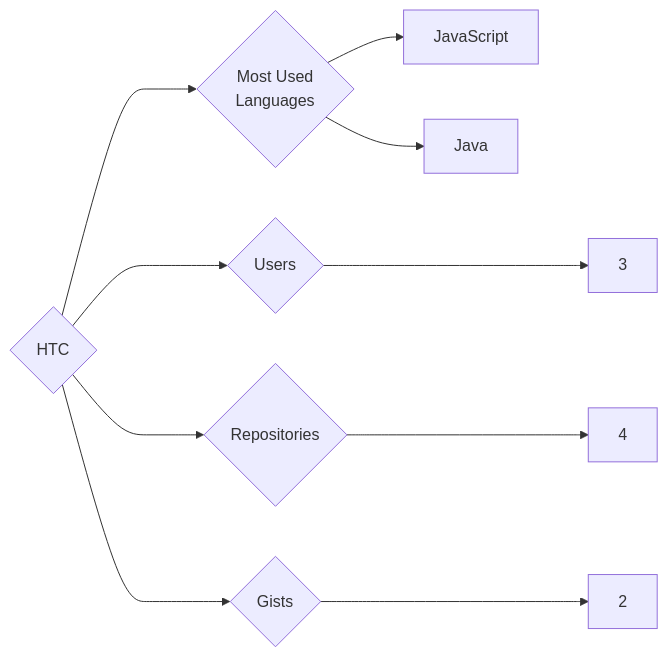
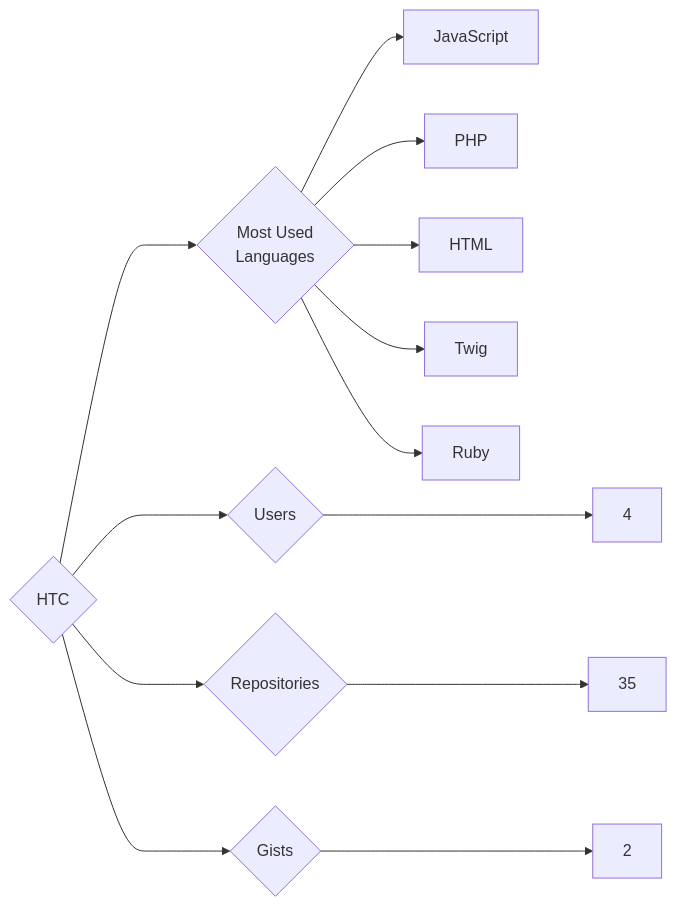
The diagram in targets/HTC/README.md (trickest/insiders), drawn with Mermaid before and after one commit. The commit also changed 676 other files, not shown here.

````diff
--- a/targets/HTC/README.md
+++ b/targets/HTC/README.md
@@ -3,10 +3,13 @@
 ```mermaid
 graph LR
 COMPANY_NAME{HTC}
-COMPANY_NAME ---> U{Users} ---> UN[3]
-COMPANY_NAME ---> R{Repositories} ---> RN[4]
+COMPANY_NAME ---> U{Users} ---> UN[4]
+COMPANY_NAME ---> R{Repositories} ---> RN[35]
 COMPANY_NAME ---> G{Gists} ---> GN[2]
 COMPANY_NAME ---> ML{Most Used<br>Languages}
 ML --> JavaScript[JavaScript]
-ML --> Java[Java]
+ML --> PHP[PHP]
+ML --> HTML[HTML]
+ML --> Twig[Twig]
+ML --> Ruby[Ruby]
 ```
````
